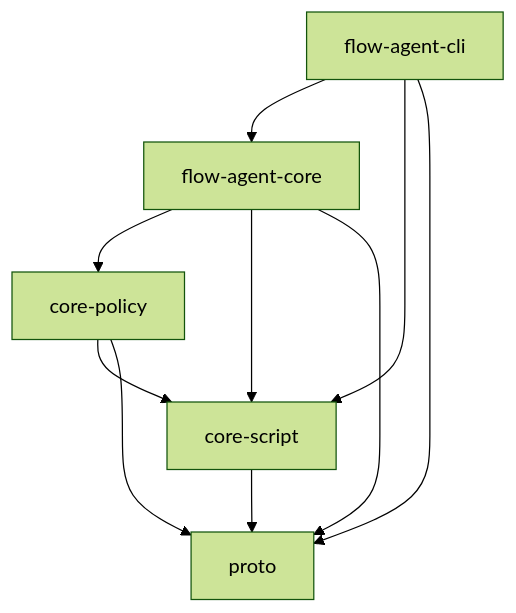
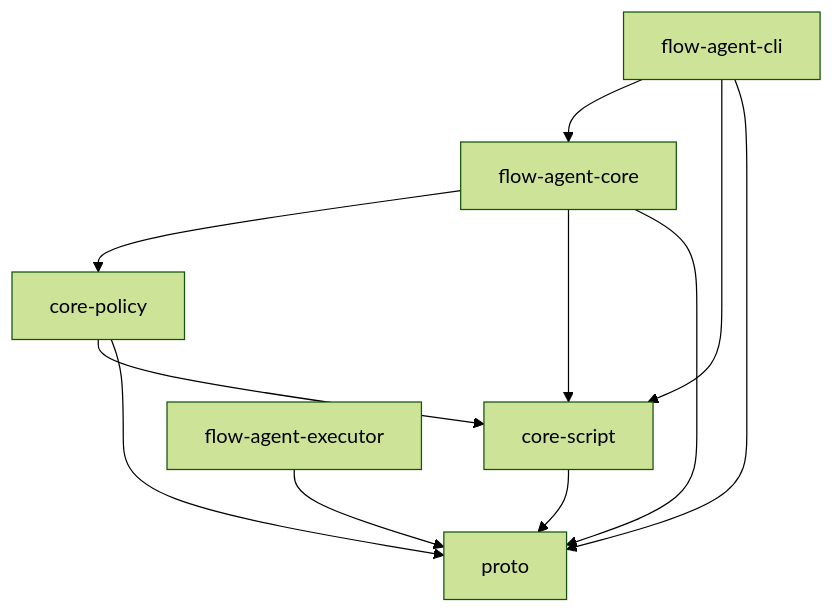
Before and after one commit to Open-Equilibrium/watershed: the first of 3 diagrams in docs/architecture.md, drawn with Mermaid (forest theme). The commit also changed other lines of this file and 500 other files, not shown here.

First line of the commit message:
flow-agent: add native self-protection for trusted tools (#7)

````diff
--- a/docs/architecture.md
+++ b/docs/architecture.md
@@ -9,12 +9,13 @@
 ```mermaid
 flowchart TD
   C[flow-agent-cli] --> F[flow-agent-core]
   C --> S[core-script]
   C --> R[proto]
+  E[flow-agent-executor] --> R
   F --> P[core-policy]
   F --> S
   F --> R
   P --> S
   P --> R
   S --> R
 ```
````
